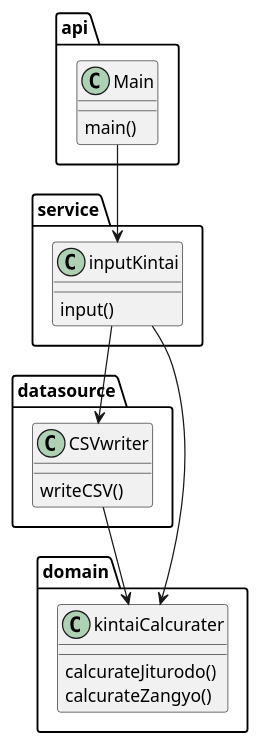
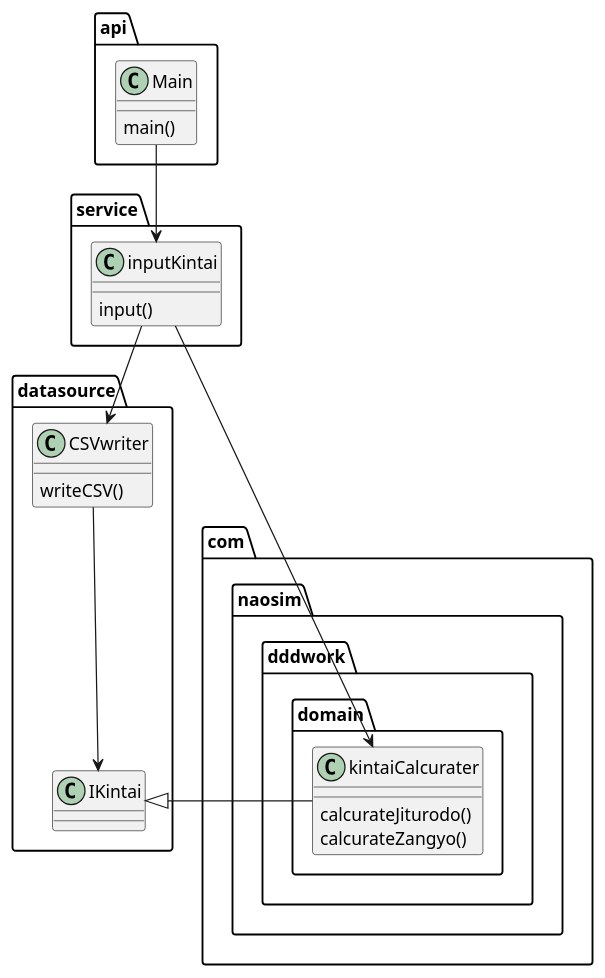
One commit to biglobe-isp/kintai changed the diagram in doc/classs-diagram.pu. Above: the diagram before and after it, drawn with PlantUML. The commit also changed 8 other files, not shown here.

```diff
--- a/doc/classs-diagram.pu
+++ b/doc/classs-diagram.pu
@@ -1,31 +1,35 @@
 @startuml
 package "api" {
     class Main{
         main()
     }
 }
 
 package "service" {
     class inputKintai{
         input()
     }
 }
 
 package "datasource"{
+    class IKintai{
+
+    }
 class CSVwriter{
     writeCSV()
 }
 } 
-package "domain"{
+package "com.naosim.dddwork.domain"{
 class kintaiCalcurater{
     calcurateJiturodo()
     calcurateZangyo()
 }
 } 
 
 
 Main-->inputKintai
 inputKintai-->kintaiCalcurater
 inputKintai-->CSVwriter
-CSVwriter-->kintaiCalcurater
+kintaiCalcurater-|>IKintai
+CSVwriter-->IKintai
 @enduml
```
